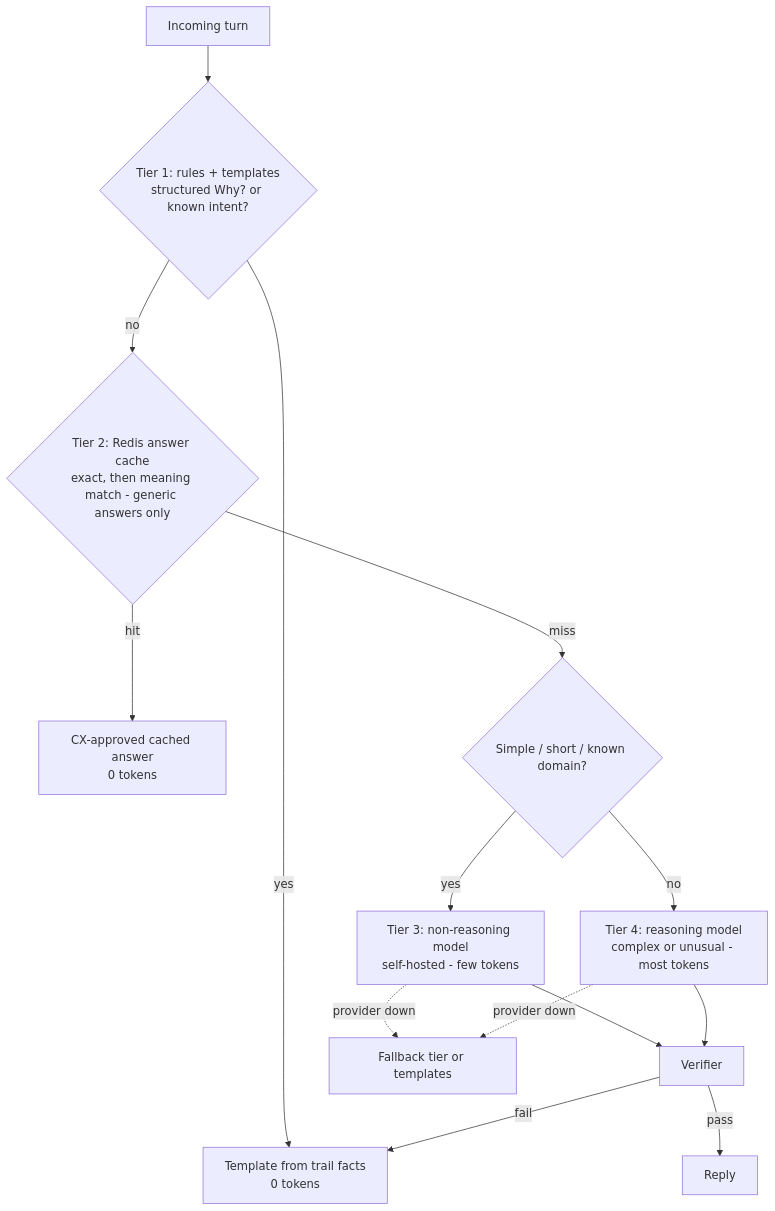
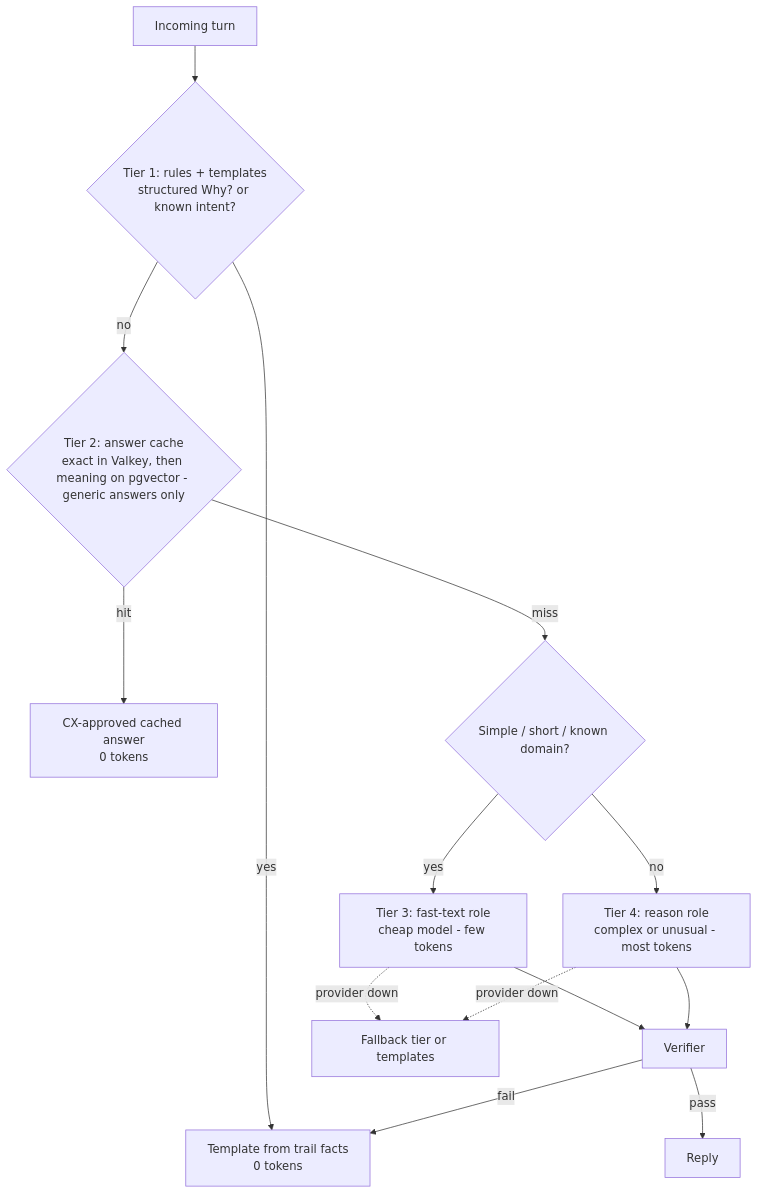
Before and after one commit to Pasidu-Mihiranga/HutchClarity: the first of 2 diagrams in docs/enterprise-plan/08-ai-architecture.md, drawn with Mermaid. The commit also changed other lines of this file and 103 other files, not shown here.

````diff
--- a/docs/enterprise-plan/08-ai-architecture.md
+++ b/docs/enterprise-plan/08-ai-architecture.md
@@ -22,16 +24,16 @@
 ```mermaid
 flowchart TD
     Q["Incoming turn"] --> R0{"Tier 1: rules + templates<br/>structured Why? or known intent?"}
     R0 -- yes --> T0["Template from trail facts<br/>0 tokens"]
-    R0 -- no --> R1{"Tier 2: Redis answer cache<br/>exact, then meaning match - generic answers only"}
+    R0 -- no --> R1{"Tier 2: answer cache<br/>exact in Valkey, then meaning on pgvector - generic answers only"}
     R1 -- hit --> T1["CX-approved cached answer<br/>0 tokens"]
     R1 -- miss --> R2{"Simple / short / known domain?"}
-    R2 -- yes --> T2["Tier 3: non-reasoning model<br/>self-hosted - few tokens"]
-    R2 -- no --> T3["Tier 4: reasoning model<br/>complex or unusual - most tokens"]
+    R2 -- yes --> T2["Tier 3: fast-text role<br/>cheap model - few tokens"]
+    R2 -- no --> T3["Tier 4: reason role<br/>complex or unusual - most tokens"]
     T2 --> V["Verifier"]
     T3 --> V
     V -- pass --> OUT["Reply"]
     V -- fail --> T0
     T2 -.->|"provider down"| FB["Fallback tier or templates"]
     T3 -.->|"provider down"| FB
 ```
````
